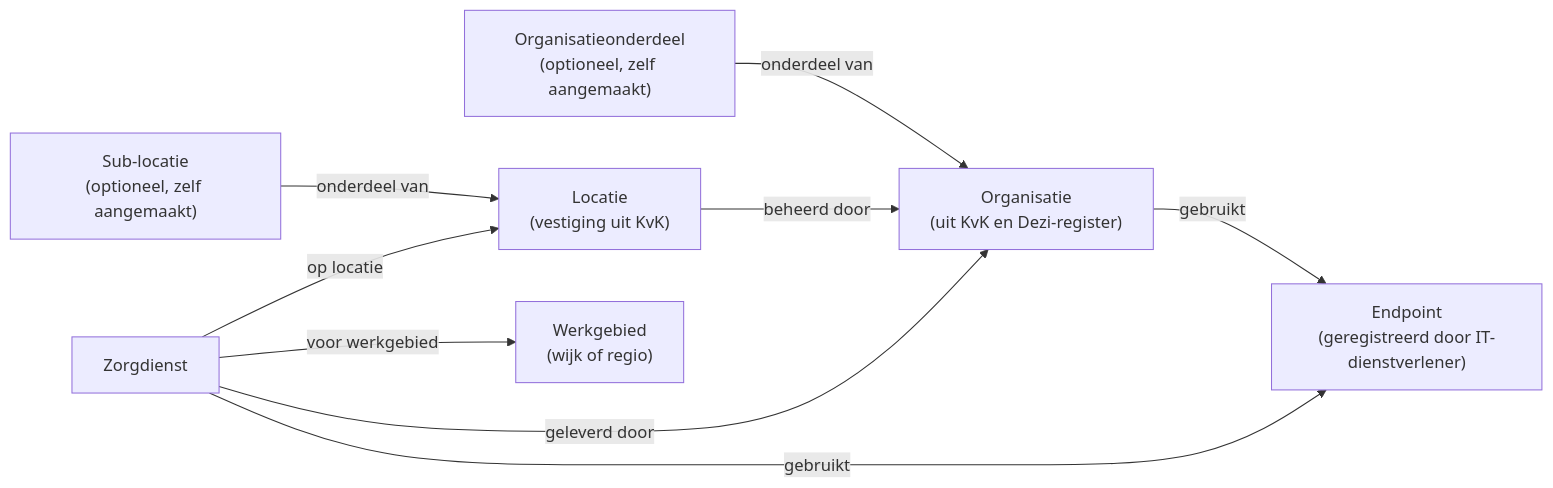
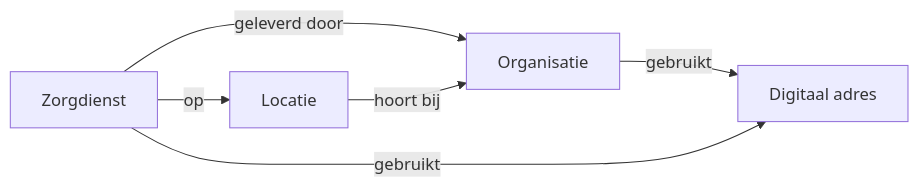
The first of 3 diagrams in input/pagecontent/csd-handbook.md (minvws/generiekefuncties-docs), drawn with Mermaid before and after one commit. The commit also changed other lines of this file and 1 other file, not shown here.

````diff
--- a/input/pagecontent/csd-handbook.md
+++ b/input/pagecontent/csd-handbook.md
@@ -97,19 +135,8 @@
 ```mermaid
 flowchart LR
-    ORG["Organisatie<br/>(uit KvK en Dezi-register)"]
-    SUBORG["Organisatieonderdeel<br/>(optioneel, zelf aangemaakt)"]
-    LOC["Locatie<br/>(vestiging uit KvK)"]
-    SUBLOC["Sub-locatie<br/>(optioneel, zelf aangemaakt)"]
-    HS["Zorgdienst"]
-    AREA["Werkgebied<br/>(wijk of regio)"]
-    EP["Endpoint<br/>(geregistreerd door IT-dienstverlener)"]
-
-    SUBORG -- "onderdeel van" --> ORG
-    LOC -- "beheerd door" --> ORG
-    SUBLOC -- "onderdeel van" --> LOC
-    HS -- "geleverd door" --> ORG
-    HS -- "op locatie" --> LOC
-    HS -- "voor werkgebied" --> AREA
-    ORG -- "gebruikt" --> EP
+    HS["Zorgdienst"] -- "geleverd door" --> ORG["Organisatie"]
+    HS -- "op" --> LOC["Locatie"]
+    LOC -- "hoort bij" --> ORG
+    ORG -- "gebruikt" --> EP["Digitaal adres"]
     HS -- "gebruikt" --> EP
 ```
````
